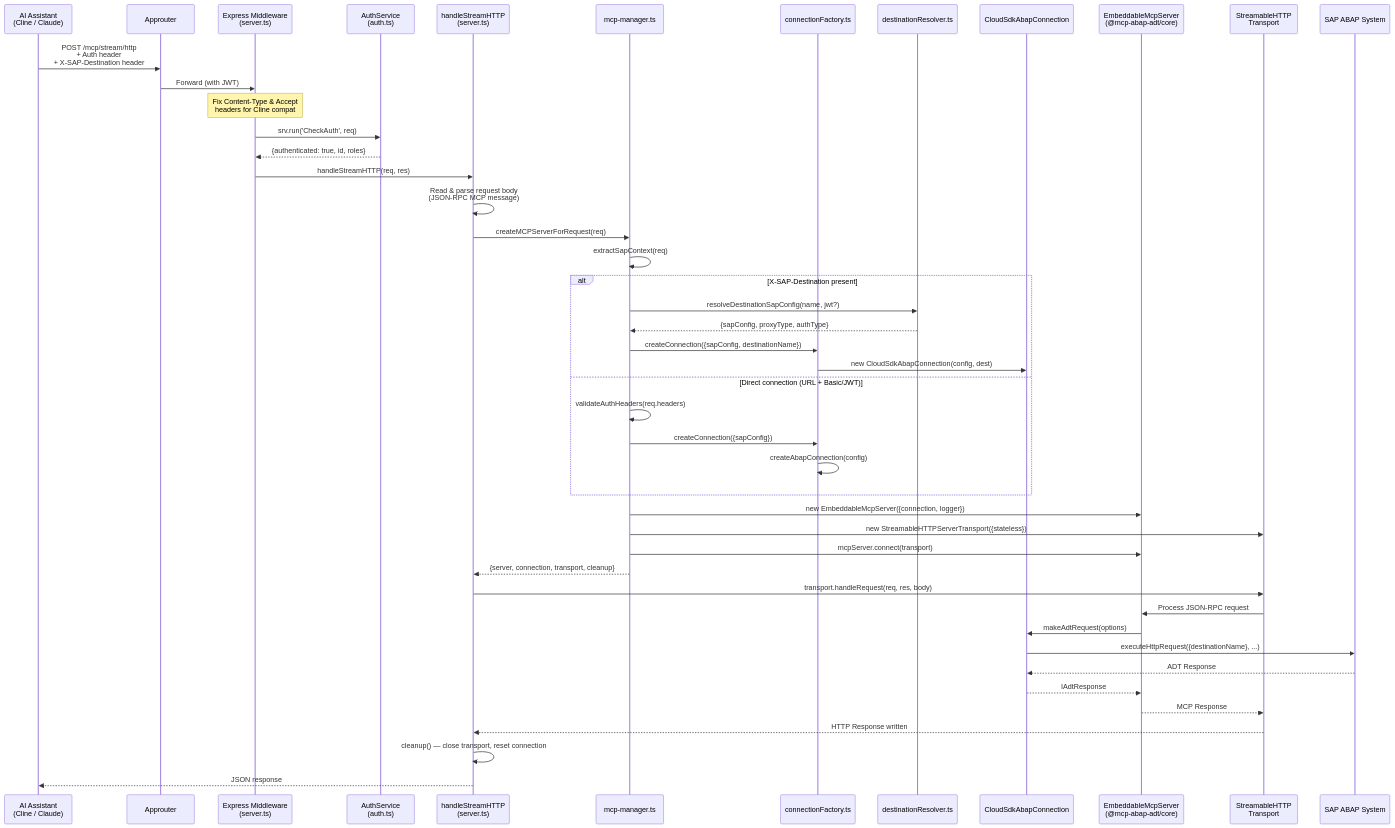
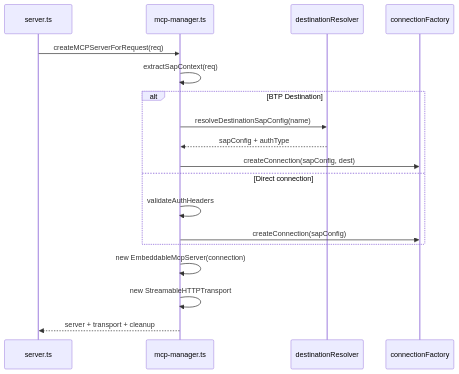
Before and after one commit to fr0ster/cloud-llm-hub: the seventh of 21 diagrams in docs/architecture/ARCHITECTURE.md, drawn with Mermaid. The commit also changed other lines of this file and 1 other file, not shown here.

First line of the commit message:
docs: simplify architecture diagrams and optimize MTA build commands

````diff
--- a/docs/architecture/ARCHITECTURE.md
+++ b/docs/architecture/ARCHITECTURE.md
@@ -428,61 +446,23 @@
 ```mermaid
 sequenceDiagram
-    participant Client as AI Assistant<br/>(Cline / Claude)
-    participant AR as Approuter
-    participant MW as Express Middleware<br/>(server.ts)
-    participant AuthSrv as AuthService<br/>(auth.ts)
-    participant Handler as handleStreamHTTP<br/>(server.ts)
-    participant MCPMgr as mcp-manager.ts
-    participant ConnFactory as connectionFactory.ts
-    participant DestRes as destinationResolver.ts
-    participant CloudSDK as CloudSdkAbapConnection
-    participant MCP as EmbeddableMcpServer<br/>(@mcp-abap-adt/core)
-    participant Transport as StreamableHTTP<br/>Transport
-    participant ABAP as SAP ABAP System
+    participant Handler as server.ts
+    participant Mgr as mcp-manager.ts
+    participant Dest as destinationResolver
+    participant Conn as connectionFactory
 
-    Client->>AR: POST /mcp/stream/http<br/>+ Auth header<br/>+ X-SAP-Destination header
-    AR->>MW: Forward (with JWT)
+    Handler->>Mgr: createMCPServerForRequest(req)
+    Mgr->>Mgr: extractSapContext(req)
 
-    Note over MW: Fix Content-Type & Accept<br/>headers for Cline compat
-
-    MW->>AuthSrv: srv.run('CheckAuth', req)
-    AuthSrv-->>MW: {authenticated: true, id, roles}
-
-    MW->>Handler: handleStreamHTTP(req, res)
-
-    Handler->>Handler: Read & parse request body<br/>(JSON-RPC MCP message)
-
-    Handler->>MCPMgr: createMCPServerForRequest(req)
-
-    MCPMgr->>MCPMgr: extractSapContext(req)
-
-    alt X-SAP-Destination present
-        MCPMgr->>DestRes: resolveDestinationSapConfig(name, jwt?)
-        DestRes-->>MCPMgr: {sapConfig, proxyType, authType}
-        MCPMgr->>ConnFactory: createConnection({sapConfig, destinationName})
-        ConnFactory->>CloudSDK: new CloudSdkAbapConnection(config, dest)
-    else Direct connection (URL + Basic/JWT)
-        MCPMgr->>MCPMgr: validateAuthHeaders(req.headers)
-        MCPMgr->>ConnFactory: createConnection({sapConfig})
-        ConnFactory->>ConnFactory: createAbapConnection(config)
+    alt BTP Destination
+        Mgr->>Dest: resolveDestinationSapConfig(name)
+        Dest-->>Mgr: sapConfig + authType
+        Mgr->>Conn: createConnection(sapConfig, dest)
+    else Direct connection
+        Mgr->>Mgr: validateAuthHeaders
+        Mgr->>Conn: createConnection(sapConfig)
     end
 
-    MCPMgr->>MCP: new EmbeddableMcpServer({connection, logger})
-    MCPMgr->>Transport: new StreamableHTTPServerTransport({stateless})
-    MCPMgr->>MCP: mcpServer.connect(transport)
-
-    MCPMgr-->>Handler: {server, connection, transport, cleanup}
-
-    Handler->>Transport: transport.handleRequest(req, res, body)
-    Transport->>MCP: Process JSON-RPC request
-    MCP->>CloudSDK: makeAdtRequest(options)
-    CloudSDK->>ABAP: executeHttpRequest({destinationName}, ...)
-    ABAP-->>CloudSDK: ADT Response
-    CloudSDK-->>MCP: IAdtResponse
-    MCP-->>Transport: MCP Response
-    Transport-->>Handler: HTTP Response written
-
-    Handler->>Handler: cleanup() — close transport, reset connection
-
-    Handler-->>Client: JSON response
+    Mgr->>Mgr: new EmbeddableMcpServer(connection)
+    Mgr->>Mgr: new StreamableHTTPTransport
+    Mgr-->>Handler: server + transport + cleanup
 ```
````
